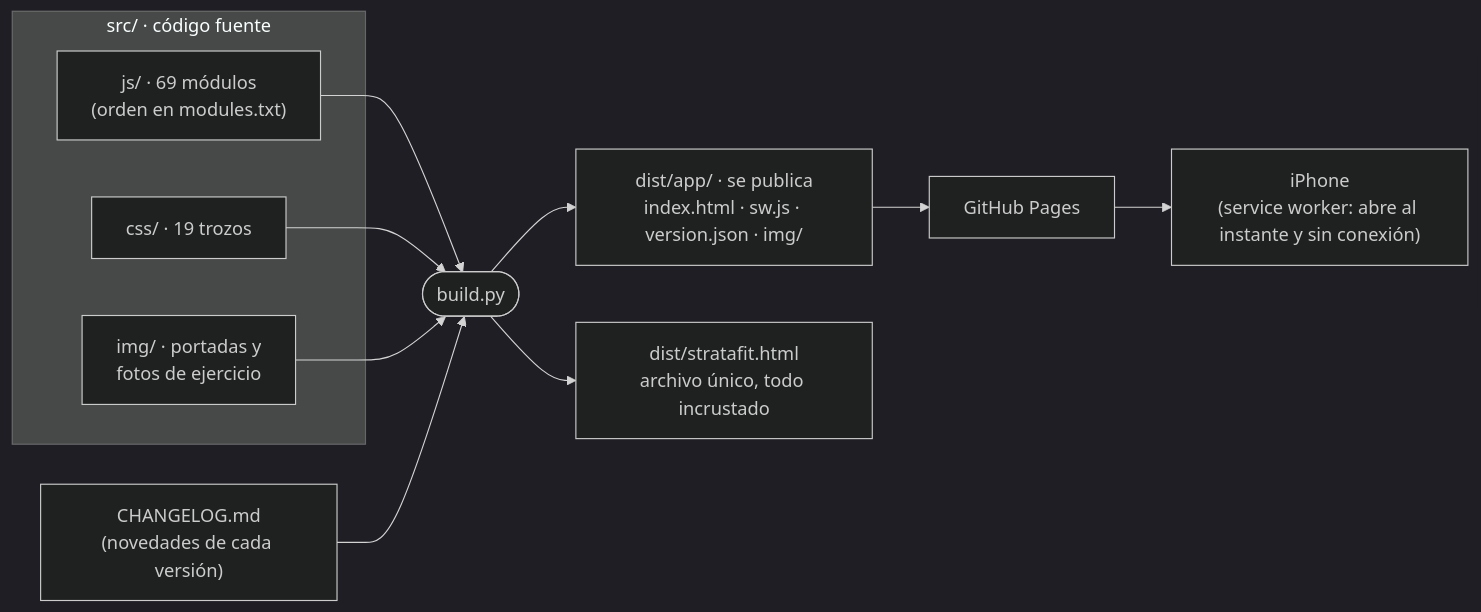
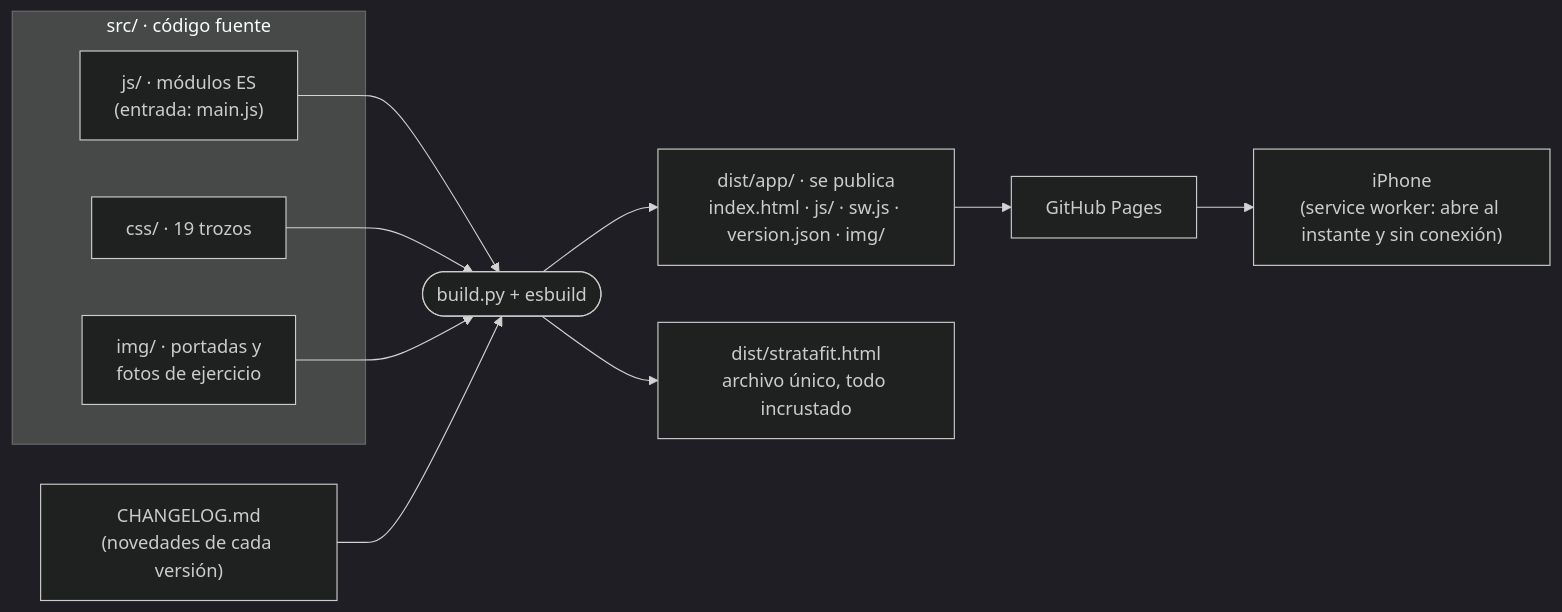
The diagram in README.md (victorroma01/Fitflow), drawn with Mermaid (dark theme) before and after one commit. The commit also changed other lines of this file and 63 other files, not shown here.

````diff
--- a/README.md
+++ b/README.md
@@ -88,18 +90,18 @@
 ```mermaid
 flowchart LR
   subgraph fuente["src/ · código fuente"]
-    JS["js/ · 69 módulos<br/>(orden en modules.txt)"]
+    JS["js/ · módulos ES<br/>(entrada: main.js)"]
     CSS["css/ · 19 trozos"]
     IMG["img/ · portadas y<br/>fotos de ejercicio"]
   end
   CL["CHANGELOG.md<br/>(novedades de cada versión)"]
-  B(["build.py"])
+  B(["build.py + esbuild"])
   JS --> B
   CSS --> B
   IMG --> B
   CL --> B
-  B --> APP["dist/app/ · se publica<br/>index.html · sw.js · version.json · img/"]
+  B --> APP["dist/app/ · se publica<br/>index.html · js/ · sw.js · version.json · img/"]
   B --> ONE["dist/stratafit.html<br/>archivo único, todo incrustado"]
   APP --> PAGES["GitHub Pages"]
   PAGES --> PHONE["iPhone<br/>(service worker: abre al instante y sin conexión)"]
 ```
````
